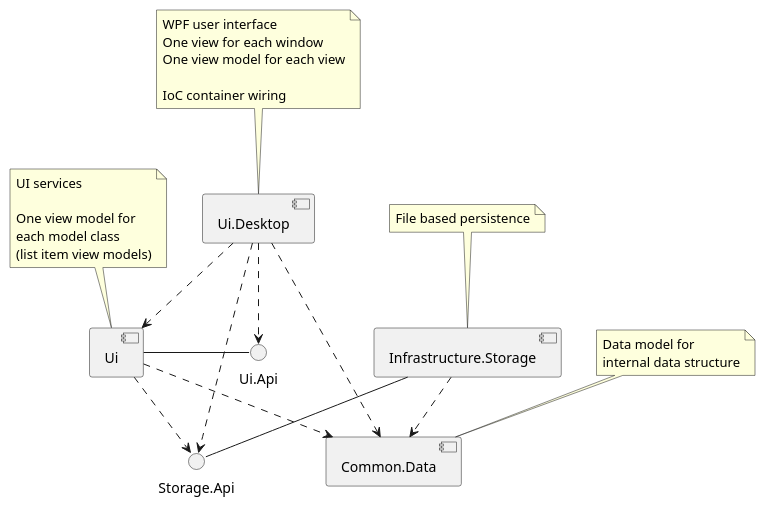
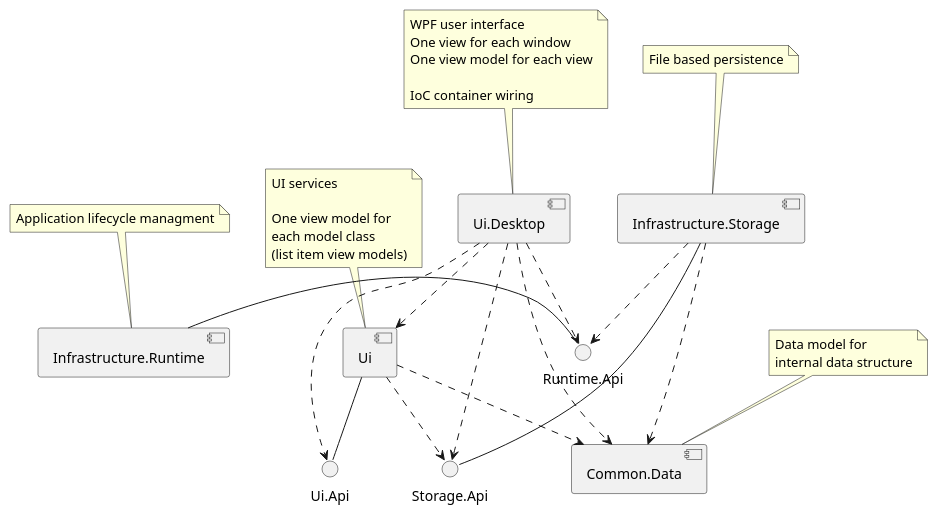
Before and after one commit to skr444/tebloman: the diagram in docs/architecture/resources/diagrams/component_diagram.plantuml, drawn with PlantUML. The commit also changed 4 other files, not shown here.

Commit message:
docs: updated architecture document

```diff
--- a/docs/architecture/resources/diagrams/component_diagram.plantuml
+++ b/docs/architecture/resources/diagrams/component_diagram.plantuml
@@ -1,50 +1,60 @@
 @startuml component_diagram
 
 [Common.Data] as data
 
 interface "Storage.Api" as s_api
 [Infrastructure.Storage] as storage
 storage - s_api
 
 interface "Ui.Api" as ui_api
 [Ui] as ui
-ui - ui_api
+ui -- ui_api
 
 [Ui.Desktop] as desktop
+
+interface "Runtime.Api" as r_api
+[Infrastructure.Runtime] as runtime
+runtime - r_api
 
 desktop ..> ui
 desktop ..> ui_api
 desktop ..> s_api
 desktop ..> data
+desktop ..> r_api
 
 ui ..> s_api
 ui ..> data
 
-storage ..> data
+storage ...> data
+storage ..> r_api
 
 note top of desktop
     WPF user interface
     One view for each window
     One view model for each view
 
     IoC container wiring
 end note
 
 note top of ui
     UI services
 
     One view model for
     each model class
     (list item view models)
 end note
 
 note top of storage
     File based persistence
 end note
 
 note top of data
     Data model for
     internal data structure
 end note
 
+note top of runtime
+    Application lifecycle managment
+end note
+
 @enduml
```
